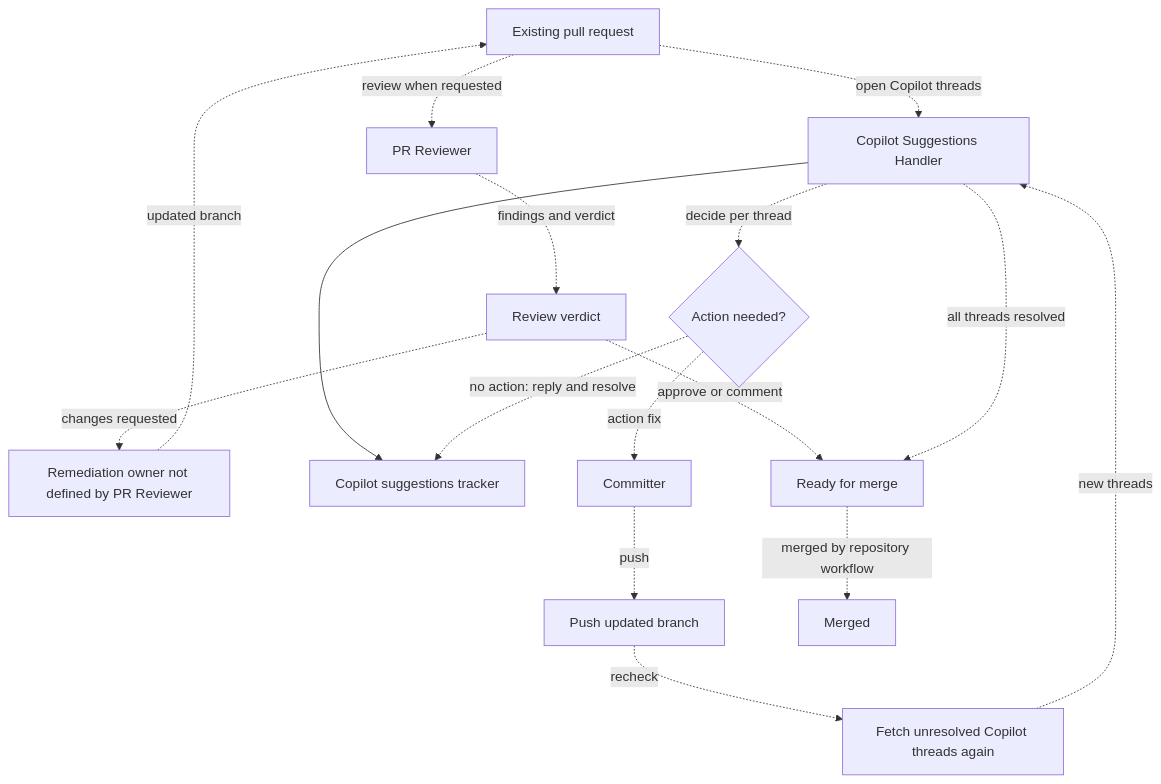
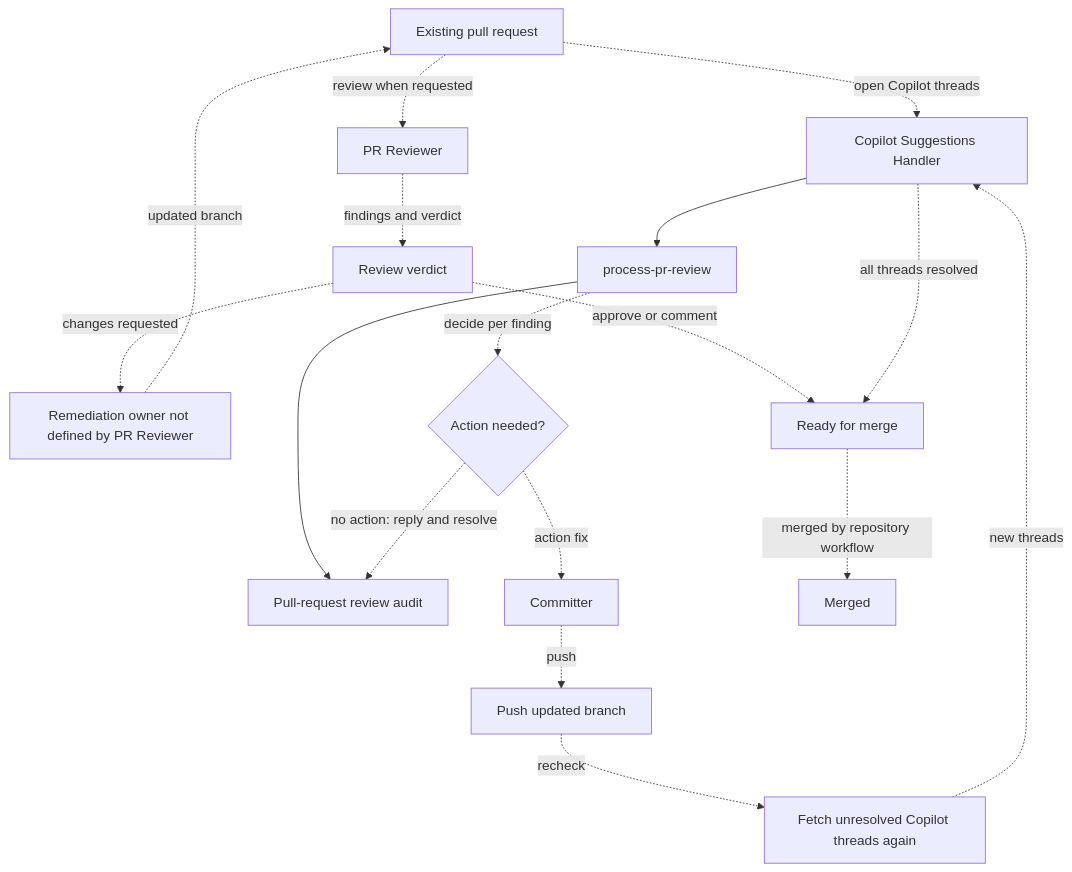
The third of 3 diagrams in docs/agents/orchestration.md (torrust/torrust-tracker), drawn with Mermaid before and after one commit. The commit also changed other lines of this file and 9 other files, not shown here.

````diff
--- a/docs/agents/orchestration.md
+++ b/docs/agents/orchestration.md
@@ -127,31 +129,33 @@
 ```mermaid
 flowchart TD
   existing_pr[Existing pull request]
   pr_reviewer_detail[PR Reviewer]
   pr_verdict[Review verdict]
   remediation[Remediation owner not defined by PR Reviewer]
   copilot_handler_detail[Copilot Suggestions Handler]
-  copilot_tracker_detail[Copilot suggestions tracker]
+  process_pr_review_detail[process-pr-review]
+  pr_review_audit_detail[Pull-request review audit]
   action_decision{Action needed?}
   committer_detail[Committer]
   push_update[Push updated branch]
   refetch_threads[Fetch unresolved Copilot threads again]
   merge_ready_detail[Ready for merge]
   merged_detail[Merged]
 
   existing_pr -. review when requested .-> pr_reviewer_detail
   pr_reviewer_detail -. findings and verdict .-> pr_verdict
   pr_verdict -. changes requested .-> remediation
   remediation -. updated branch .-> existing_pr
   pr_verdict -. approve or comment .-> merge_ready_detail
   existing_pr -. open Copilot threads .-> copilot_handler_detail
-  copilot_handler_detail --> copilot_tracker_detail
-  copilot_handler_detail -. decide per thread .-> action_decision
+  copilot_handler_detail --> process_pr_review_detail
+  process_pr_review_detail --> pr_review_audit_detail
+  process_pr_review_detail -. decide per finding .-> action_decision
   action_decision -. action fix .-> committer_detail
   committer_detail -. push .-> push_update
   push_update -. recheck .-> refetch_threads
   refetch_threads -. new threads .-> copilot_handler_detail
-  action_decision -. no action: reply and resolve .-> copilot_tracker_detail
+  action_decision -. no action: reply and resolve .-> pr_review_audit_detail
   copilot_handler_detail -. all threads resolved .-> merge_ready_detail
   merge_ready_detail -. merged by repository workflow .-> merged_detail
 ```
````
